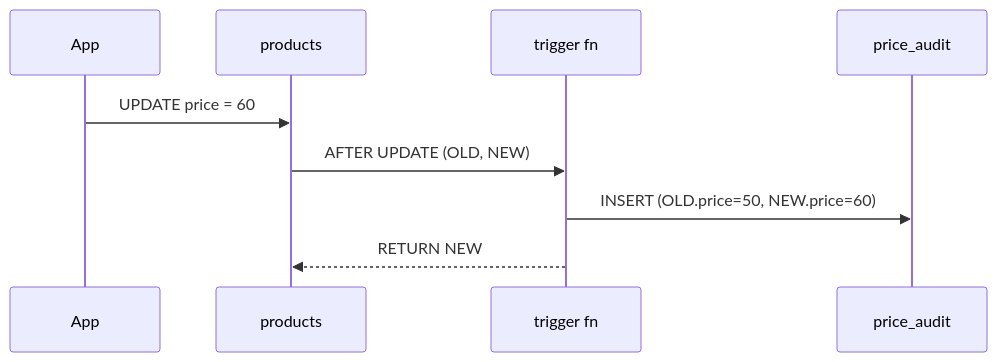
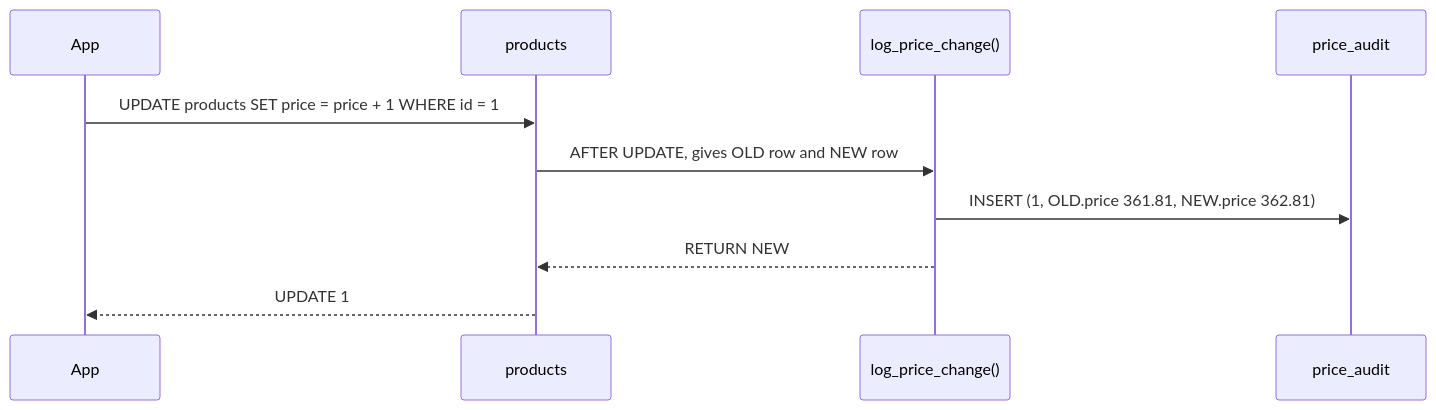
Before and after one commit to wesamkhateeb98-creator/postgresql-zero-to-hero: the diagram in Doc/09-ecosystem/01-functions-triggers.md, drawn with Mermaid. The commit also changed other lines of this file and 29 other files, not shown here.

````diff
--- a/Doc/09-ecosystem/01-functions-triggers.md
+++ b/Doc/09-ecosystem/01-functions-triggers.md
@@ -5,11 +7,12 @@
 ```mermaid
 sequenceDiagram
     participant App
     participant T as products
-    participant TR as trigger fn
+    participant TR as log_price_change()
     participant A as price_audit
-    App->>T: UPDATE price = 60
-    T->>TR: AFTER UPDATE (OLD, NEW)
-    TR->>A: INSERT (OLD.price=50, NEW.price=60)
+    App->>T: UPDATE products SET price = price + 1 WHERE id = 1
+    T->>TR: AFTER UPDATE, gives OLD row and NEW row
+    TR->>A: INSERT (1, OLD.price 361.81, NEW.price 362.81)
     TR-->>T: RETURN NEW
+    T-->>App: UPDATE 1
 ```
````
